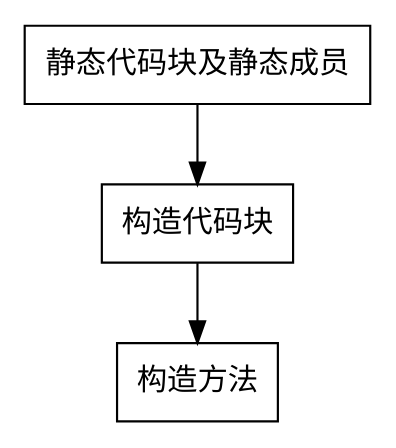
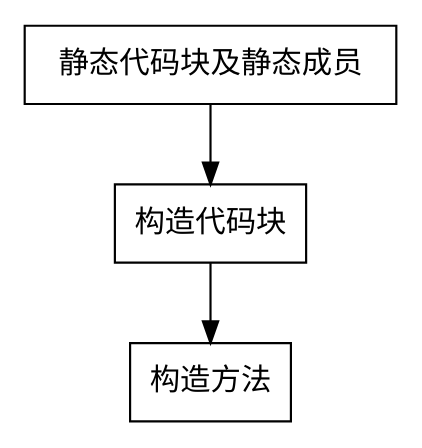
One commit to intflag/CSTree changed the first of 2 diagrams in docs/java/basics.md. Above: the diagram before and after it, drawn with Graphviz. The commit also changed other lines of this file, not shown here.

````diff
--- a/docs/java/basics.md
+++ b/docs/java/basics.md
@@ -168,8 +168,8 @@
 ```dot
 digraph demo{
-    a [shape = record, label = "静态代码块及静态成员"];
+    a [shape = record, label = "&nbsp;&nbsp;静态代码块及静态成员&nbsp;&nbsp;"];
     b [shape = record, label = "构造代码块"];
     c [shape = record, label = "构造方法"];
     a -> b -> c;
 }
 ```
````
